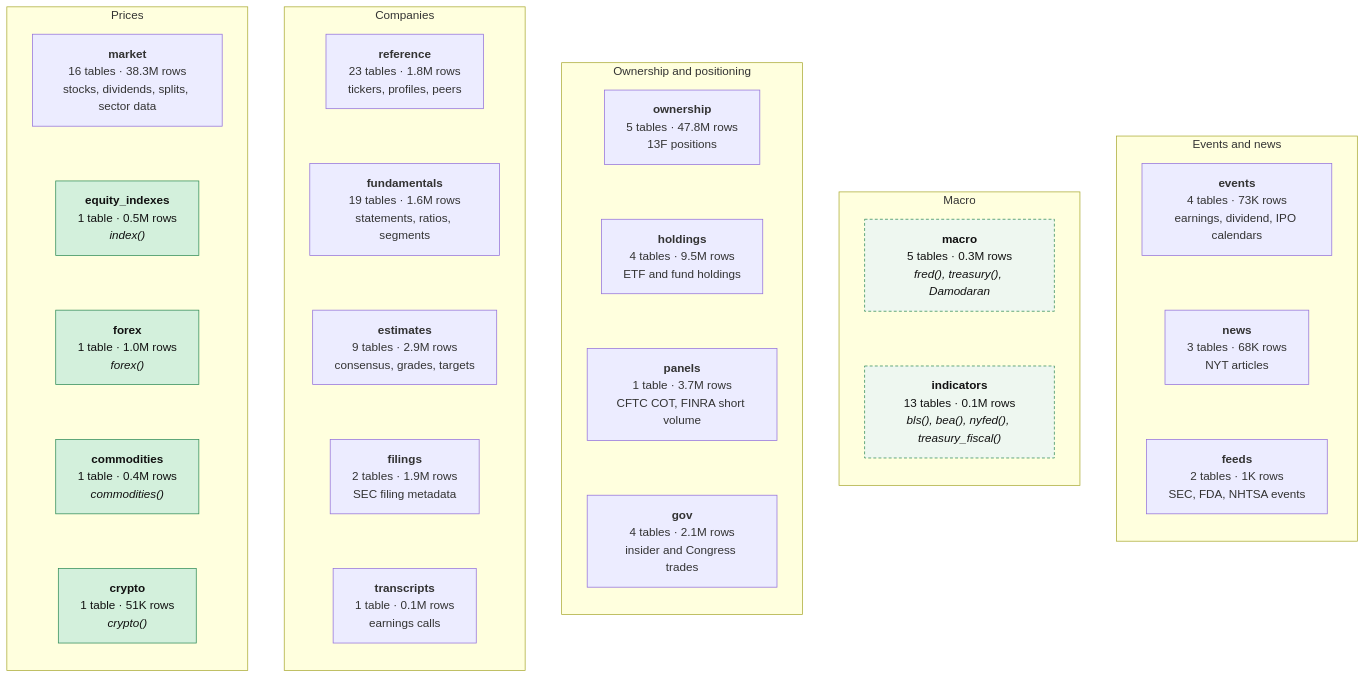
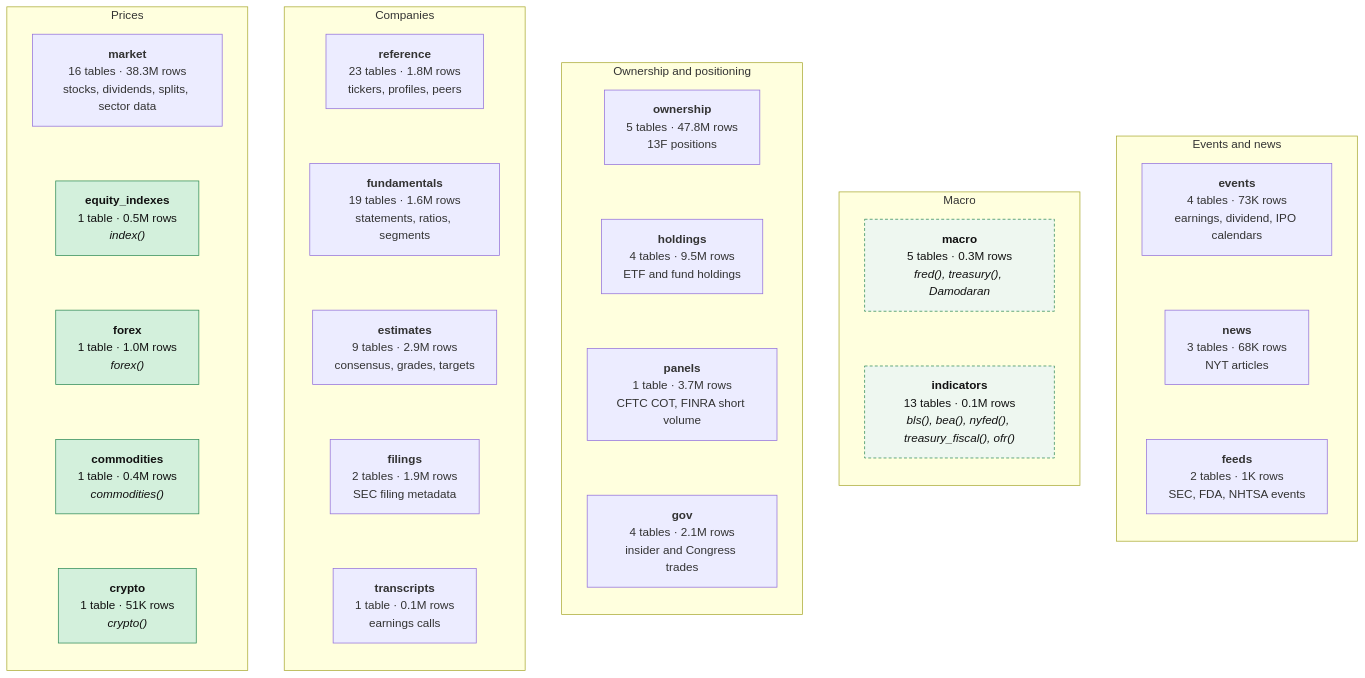
One commit to AnshArora04/arora_data changed the third of 3 diagrams in README.md. Above: the diagram before and after it, drawn with Mermaid. The commit also changed other lines of this file and 6 other files, not shown here.

````diff
--- a/README.md
+++ b/README.md
@@ -81,48 +81,48 @@
 ```mermaid
 flowchart LR
   subgraph PR["Prices"]
     direction TB
     market["<b>market</b><br/>16 tables · 38.3M rows<br/>stocks, dividends, splits, sector data"]
     equity_indexes["<b>equity_indexes</b><br/>1 table · 0.5M rows<br/><i>index()</i>"]
     forex["<b>forex</b><br/>1 table · 1.0M rows<br/><i>forex()</i>"]
     commodities["<b>commodities</b><br/>1 table · 0.4M rows<br/><i>commodities()</i>"]
     crypto["<b>crypto</b><br/>1 table · 51K rows<br/><i>crypto()</i>"]
   end
   subgraph CO["Companies"]
     direction TB
     reference["<b>reference</b><br/>23 tables · 1.8M rows<br/>tickers, profiles, peers"]
     fundamentals["<b>fundamentals</b><br/>19 tables · 1.6M rows<br/>statements, ratios, segments"]
     estimates["<b>estimates</b><br/>9 tables · 2.9M rows<br/>consensus, grades, targets"]
     filings["<b>filings</b><br/>2 tables · 1.9M rows<br/>SEC filing metadata"]
     transcripts["<b>transcripts</b><br/>1 table · 0.1M rows<br/>earnings calls"]
   end
   subgraph OW["Ownership and positioning"]
     direction TB
     ownership["<b>ownership</b><br/>5 tables · 47.8M rows<br/>13F positions"]
     holdings["<b>holdings</b><br/>4 tables · 9.5M rows<br/>ETF and fund holdings"]
     panels["<b>panels</b><br/>1 table · 3.7M rows<br/>CFTC COT, FINRA short volume"]
     gov["<b>gov</b><br/>4 tables · 2.1M rows<br/>insider and Congress trades"]
   end
   subgraph MA["Macro"]
     direction TB
     macro["<b>macro</b><br/>5 tables · 0.3M rows<br/><i>fred(), treasury(), Damodaran</i>"]
-    indicators["<b>indicators</b><br/>13 tables · 0.1M rows<br/><i>bls(), bea(), nyfed(), treasury_fiscal()</i>"]
+    indicators["<b>indicators</b><br/>13 tables · 0.1M rows<br/><i>bls(), bea(), nyfed(), treasury_fiscal(), ofr()</i>"]
   end
   subgraph EV["Events and news"]
     direction TB
     events["<b>events</b><br/>4 tables · 73K rows<br/>earnings, dividend, IPO calendars"]
     news["<b>news</b><br/>3 tables · 68K rows<br/>NYT articles"]
     feeds["<b>feeds</b><br/>2 tables · 1K rows<br/>SEC, FDA, NHTSA events"]
   end
   PR ~~~ CO ~~~ OW ~~~ MA ~~~ EV
   market ~~~ equity_indexes ~~~ forex ~~~ commodities ~~~ crypto
   reference ~~~ fundamentals ~~~ estimates ~~~ filings ~~~ transcripts
   ownership ~~~ holdings ~~~ panels ~~~ gov
   macro ~~~ indicators
   events ~~~ news ~~~ feeds
 
   classDef read fill:#d3f0dc,stroke:#2e8b57,color:#111
   classDef part fill:#eef7f0,stroke:#2e8b57,stroke-dasharray:4 3,color:#111
   class equity_indexes,forex,commodities,crypto read
   class macro,indicators part
 ```
````
